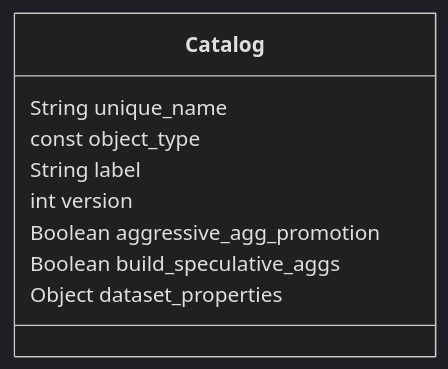
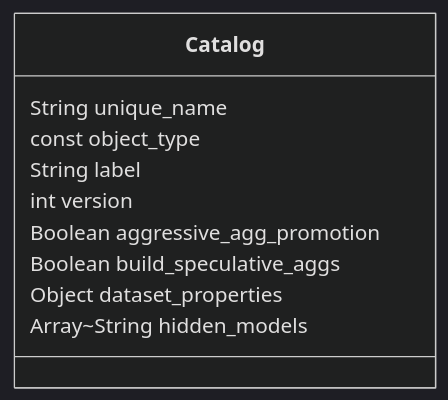
The diagram in sml-reference/catalog.md (semanticdatalayer/SML), drawn with Mermaid (dark theme) before and after one commit. The commit also changed other lines of this file and 1 other file, not shown here.

Commit message:
added hidden models and updated document

````diff
--- a/sml-reference/catalog.md
+++ b/sml-reference/catalog.md
@@ -21,12 +24,13 @@
 ```mermaid
 classDiagram
     class Catalog{
       String unique_name
       const object_type
       String label
       int version
       Boolean aggressive_agg_promotion
       Boolean build_speculative_aggs
       Object dataset_properties
+      Array~String hidden_models
     }
 ```
````
